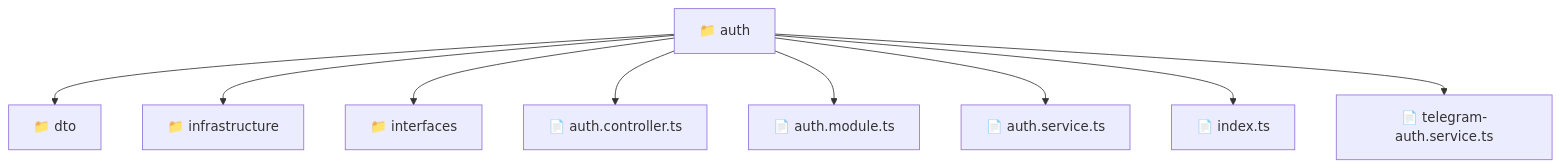
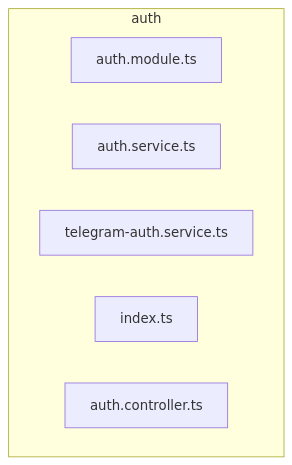
Before and after one commit to beginwebdev2002/fullstack-mavluda: the diagram in backend/src/modules/auth/README.md, drawn with Mermaid. The commit also changed other lines of this file and 163 other files, not shown here.

````diff
--- a/backend/src/modules/auth/README.md
+++ b/backend/src/modules/auth/README.md
@@ -9,12 +15,10 @@
 ```mermaid
 graph TD
-  Root["📁 auth"]
-  Root --> dto["📁 dto"]
-  Root --> infrastructure["📁 infrastructure"]
-  Root --> interfaces["📁 interfaces"]
-  Root --> auth_controller_ts["📄 auth.controller.ts"]
-  Root --> auth_module_ts["📄 auth.module.ts"]
-  Root --> auth_service_ts["📄 auth.service.ts"]
-  Root --> index_ts["📄 index.ts"]
-  Root --> telegram_auth_service_ts["📄 telegram-auth.service.ts"]
+  subgraph auth
+    auth_module_ts["auth.module.ts"]
+    auth_service_ts["auth.service.ts"]
+    telegram_auth_service_ts["telegram-auth.service.ts"]
+    index_ts["index.ts"]
+    auth_controller_ts["auth.controller.ts"]
+  end
 ```
````
